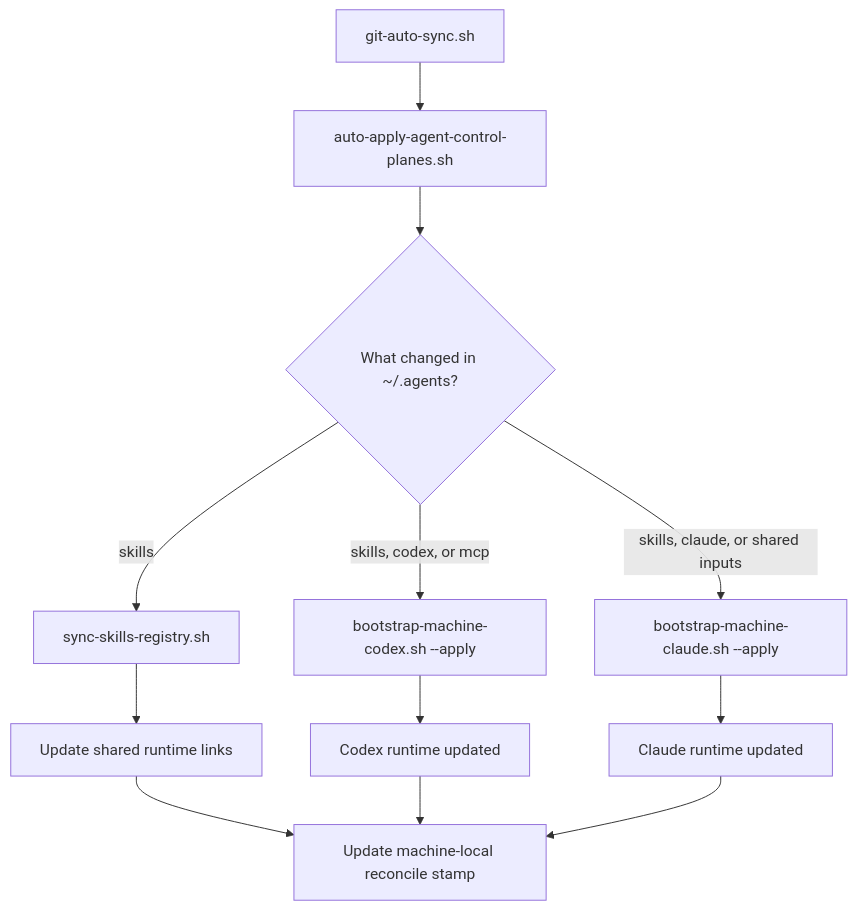
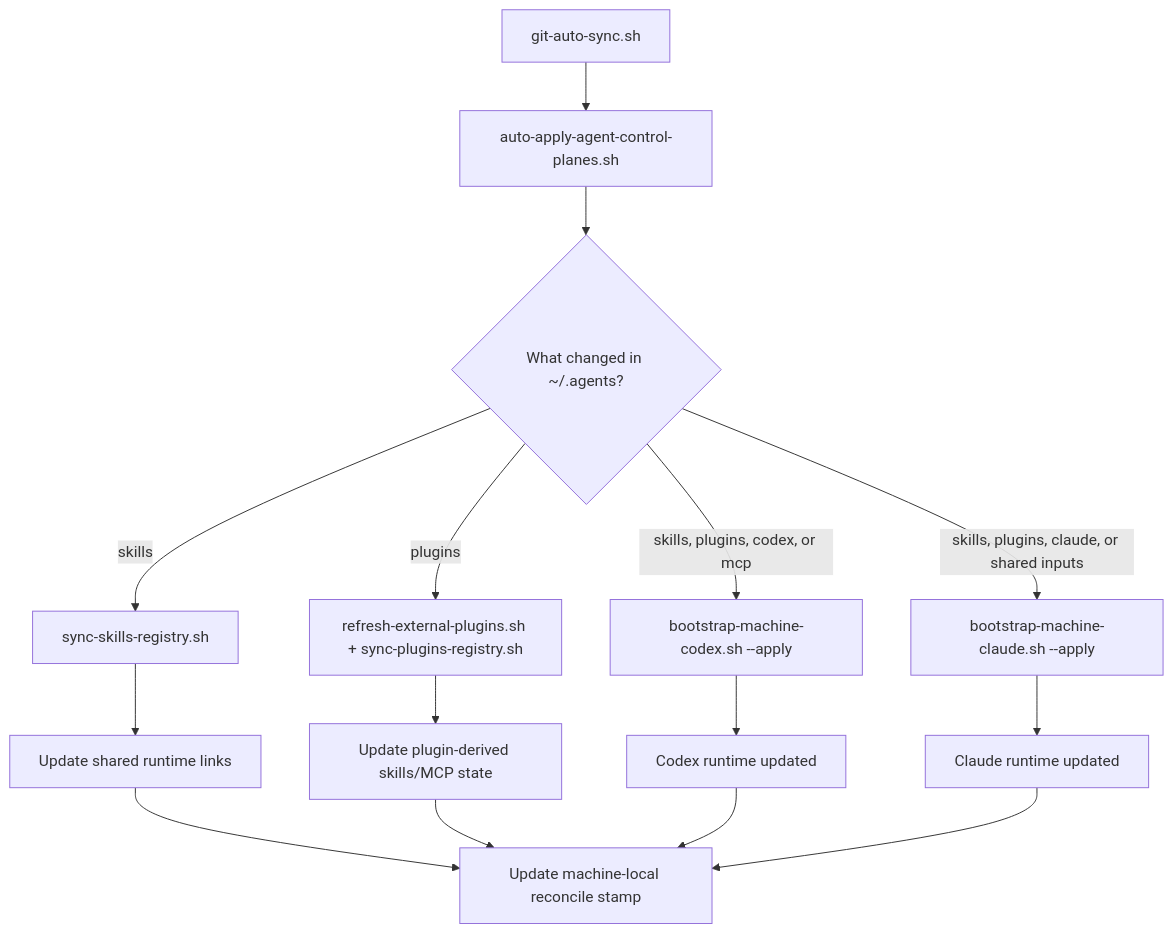
Before and after one commit to wisdom-in-a-nutshell/.agents: the second of 5 diagrams in docs/architecture/codex-control-plane-script-flows.md, drawn with Mermaid. The commit also changed other lines of this file and 12 other files, not shown here.

````diff
--- a/docs/architecture/codex-control-plane-script-flows.md
+++ b/docs/architecture/codex-control-plane-script-flows.md
@@ -57,14 +70,17 @@
 ```mermaid
 flowchart TD
     A[git-auto-sync.sh] --> B[auto-apply-agent-control-planes.sh]
     B --> C{What changed in ~/.agents?}
     C -->|skills| D[sync-skills-registry.sh]
-    C -->|skills, codex, or mcp| E[bootstrap-machine-codex.sh --apply]
-    C -->|skills, claude, or shared inputs| F[bootstrap-machine-claude.sh --apply]
+    C -->|plugins| P[refresh-external-plugins.sh + sync-plugins-registry.sh]
+    C -->|skills, plugins, codex, or mcp| E[bootstrap-machine-codex.sh --apply]
+    C -->|skills, plugins, claude, or shared inputs| F[bootstrap-machine-claude.sh --apply]
     D --> G[Update shared runtime links]
+    P --> G2[Update plugin-derived skills/MCP state]
     E --> H[Codex runtime updated]
     F --> I[Claude runtime updated]
     G --> J[Update machine-local reconcile stamp]
+    G2 --> J
     H --> J
     I --> J
 ```
````
